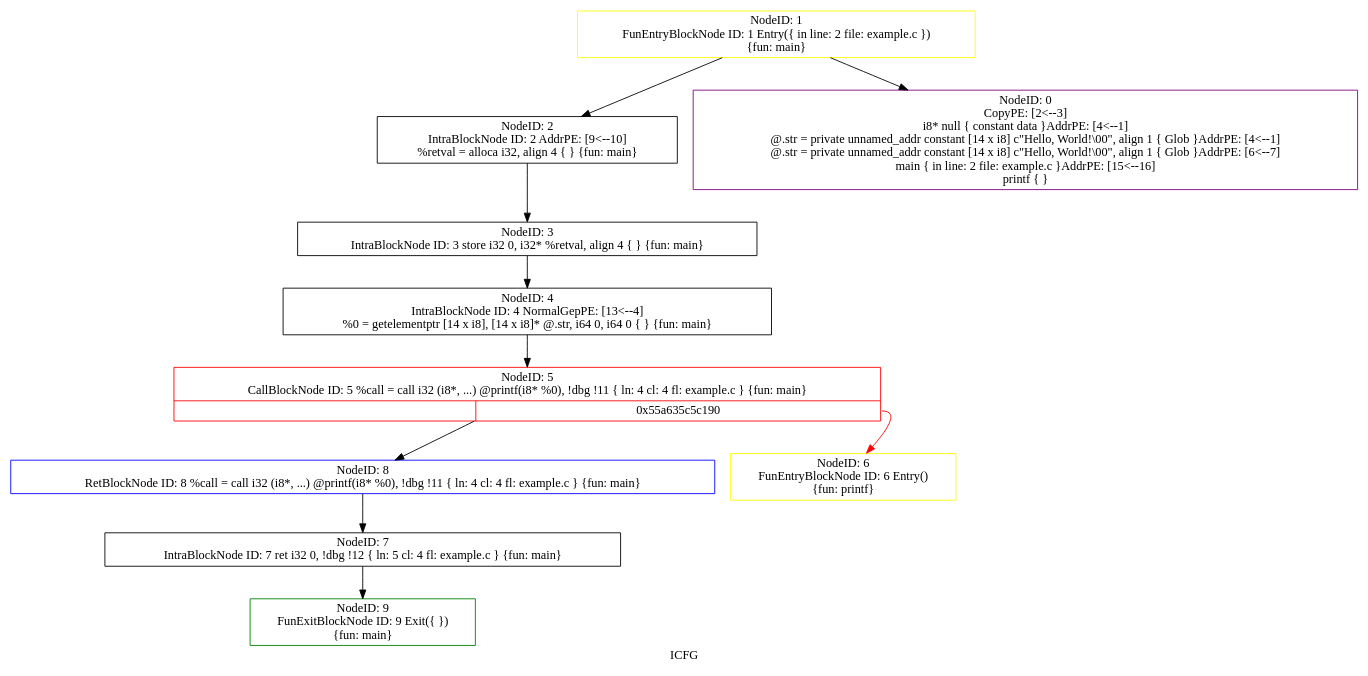
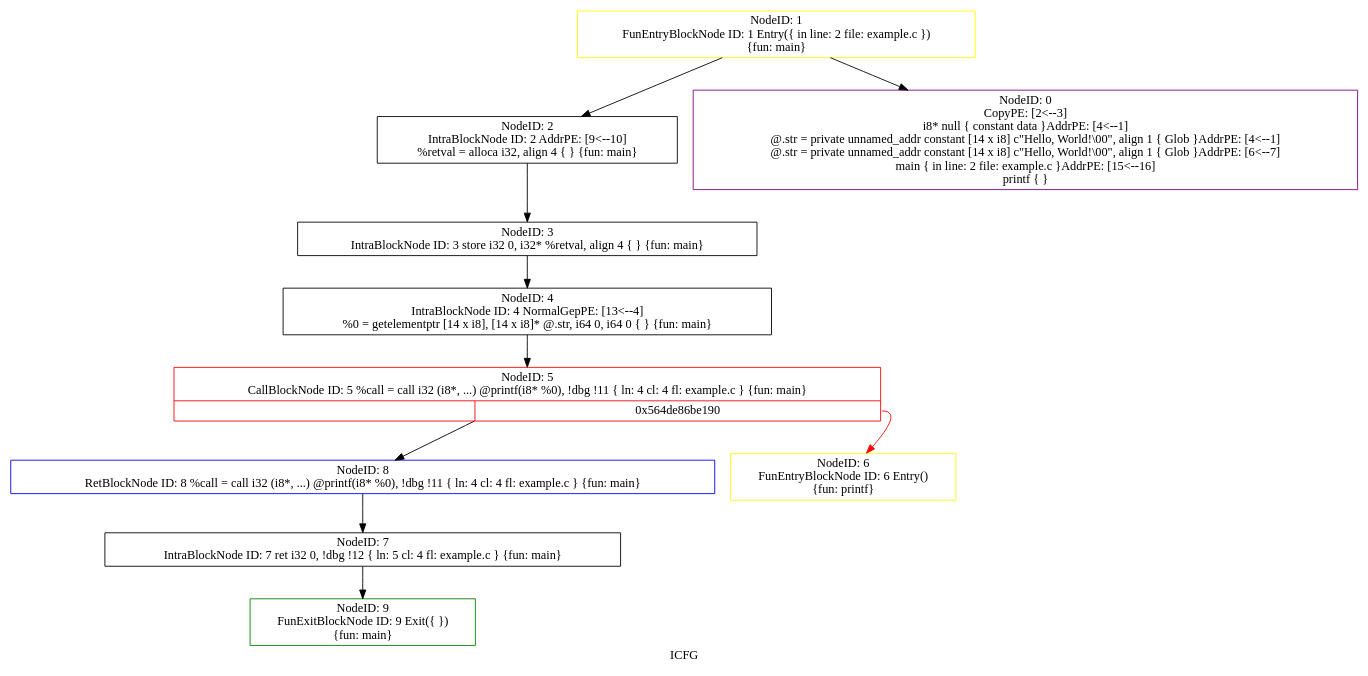
Before and after one commit to Ian36/Web-SVF: the diagram in icfg.dot, drawn with Graphviz. The commit also changed 37 other files, not shown here.

```diff
--- a/icfg.dot
+++ b/icfg.dot
@@ -1,23 +1,23 @@
 digraph "ICFG" {
 	label="ICFG";
 
-	Node0x55a635c6dfc0 [shape=record,color=green,label="{NodeID: 9\nFunExitBlockNode ID: 9 Exit(\{  \})\n \{fun: main\}}"];
-	Node0x55a635c6dd50 [shape=record,color=blue,label="{NodeID: 8\nRetBlockNode ID: 8   %call = call i32 (i8*, ...) @printf(i8* %0), !dbg !11 \{ ln: 4  cl: 4  fl: example.c \} \{fun: main\}}"];
-	Node0x55a635c6dd50 -> Node0x55a635c6dc90[style=solid];
-	Node0x55a635c6dc90 [shape=record,color=black,label="{NodeID: 7\nIntraBlockNode ID: 7      ret i32 0, !dbg !12 \{ ln: 5  cl: 4  fl: example.c \}    \{fun: main\}}"];
-	Node0x55a635c6dc90 -> Node0x55a635c6dfc0[style=solid];
-	Node0x55a635c6db60 [shape=record,color=yellow,label="{NodeID: 6\nFunEntryBlockNode ID: 6 Entry()\n \{fun: printf\}}"];
-	Node0x55a635c5cc10 [shape=record,color=red,label="{NodeID: 5\nCallBlockNode ID: 5   %call = call i32 (i8*, ...) @printf(i8* %0), !dbg !11 \{ ln: 4  cl: 4  fl: example.c \} \{fun: main\}|{|<s1>0x55a635c5c190}}"];
-	Node0x55a635c5cc10 -> Node0x55a635c6dd50[style=solid];
-	Node0x55a635c5cc10:s1 -> Node0x55a635c6db60[style=solid,color=red];
-	Node0x55a635c6d9d0 [shape=record,color=black,label="{NodeID: 4\nIntraBlockNode ID: 4   NormalGepPE: [13\<--4]  \n   %0 = getelementptr [14 x i8], [14 x i8]* @.str, i64 0, i64 0 \{  \} \{fun: main\}}"];
-	Node0x55a635c6d9d0 -> Node0x55a635c5cc10[style=solid];
-	Node0x55a635c6d8b0 [shape=record,color=black,label="{NodeID: 3\nIntraBlockNode ID: 3      store i32 0, i32* %retval, align 4 \{  \}    \{fun: main\}}"];
-	Node0x55a635c6d8b0 -> Node0x55a635c6d9d0[style=solid];
-	Node0x55a635c6d640 [shape=record,color=black,label="{NodeID: 2\nIntraBlockNode ID: 2   AddrPE: [9\<--10]  \n   %retval = alloca i32, align 4 \{  \} \{fun: main\}}"];
-	Node0x55a635c6d640 -> Node0x55a635c6d8b0[style=solid];
-	Node0x55a635c6d4e0 [shape=record,color=yellow,label="{NodeID: 1\nFunEntryBlockNode ID: 1 Entry(\{ in line: 2 file: example.c \})\n \{fun: main\}}"];
-	Node0x55a635c6d4e0 -> Node0x55a635c5d0d0[style=solid];
-	Node0x55a635c6d4e0 -> Node0x55a635c6d640[style=solid];
-	Node0x55a635c5d0d0 [shape=record,color=purple,label="{NodeID: 0\nCopyPE: [2\<--3]  \n i8* null \{ constant data \}AddrPE: [4\<--1]  \n @.str = private unnamed_addr constant [14 x i8] c\"Hello, World!\\00\", align 1 \{ Glob  \}AddrPE: [4\<--1]  \n @.str = private unnamed_addr constant [14 x i8] c\"Hello, World!\\00\", align 1 \{ Glob  \}AddrPE: [6\<--7]  \n main \{ in line: 2 file: example.c \}AddrPE: [15\<--16]  \n printf \{  \}}"];
+	Node0x564de86cffc0 [shape=record,color=green,label="{NodeID: 9\nFunExitBlockNode ID: 9 Exit(\{  \})\n \{fun: main\}}"];
+	Node0x564de86cfd50 [shape=record,color=blue,label="{NodeID: 8\nRetBlockNode ID: 8   %call = call i32 (i8*, ...) @printf(i8* %0), !dbg !11 \{ ln: 4  cl: 4  fl: example.c \} \{fun: main\}}"];
+	Node0x564de86cfd50 -> Node0x564de86cfc90[style=solid];
+	Node0x564de86cfc90 [shape=record,color=black,label="{NodeID: 7\nIntraBlockNode ID: 7      ret i32 0, !dbg !12 \{ ln: 5  cl: 4  fl: example.c \}    \{fun: main\}}"];
+	Node0x564de86cfc90 -> Node0x564de86cffc0[style=solid];
+	Node0x564de86cfb60 [shape=record,color=yellow,label="{NodeID: 6\nFunEntryBlockNode ID: 6 Entry()\n \{fun: printf\}}"];
+	Node0x564de86bec10 [shape=record,color=red,label="{NodeID: 5\nCallBlockNode ID: 5   %call = call i32 (i8*, ...) @printf(i8* %0), !dbg !11 \{ ln: 4  cl: 4  fl: example.c \} \{fun: main\}|{|<s1>0x564de86be190}}"];
+	Node0x564de86bec10 -> Node0x564de86cfd50[style=solid];
+	Node0x564de86bec10:s1 -> Node0x564de86cfb60[style=solid,color=red];
+	Node0x564de86cf9d0 [shape=record,color=black,label="{NodeID: 4\nIntraBlockNode ID: 4   NormalGepPE: [13\<--4]  \n   %0 = getelementptr [14 x i8], [14 x i8]* @.str, i64 0, i64 0 \{  \} \{fun: main\}}"];
+	Node0x564de86cf9d0 -> Node0x564de86bec10[style=solid];
+	Node0x564de86cf8b0 [shape=record,color=black,label="{NodeID: 3\nIntraBlockNode ID: 3      store i32 0, i32* %retval, align 4 \{  \}    \{fun: main\}}"];
+	Node0x564de86cf8b0 -> Node0x564de86cf9d0[style=solid];
+	Node0x564de86cf640 [shape=record,color=black,label="{NodeID: 2\nIntraBlockNode ID: 2   AddrPE: [9\<--10]  \n   %retval = alloca i32, align 4 \{  \} \{fun: main\}}"];
+	Node0x564de86cf640 -> Node0x564de86cf8b0[style=solid];
+	Node0x564de86cf4e0 [shape=record,color=yellow,label="{NodeID: 1\nFunEntryBlockNode ID: 1 Entry(\{ in line: 2 file: example.c \})\n \{fun: main\}}"];
+	Node0x564de86cf4e0 -> Node0x564de86bf0d0[style=solid];
+	Node0x564de86cf4e0 -> Node0x564de86cf640[style=solid];
+	Node0x564de86bf0d0 [shape=record,color=purple,label="{NodeID: 0\nCopyPE: [2\<--3]  \n i8* null \{ constant data \}AddrPE: [4\<--1]  \n @.str = private unnamed_addr constant [14 x i8] c\"Hello, World!\\00\", align 1 \{ Glob  \}AddrPE: [4\<--1]  \n @.str = private unnamed_addr constant [14 x i8] c\"Hello, World!\\00\", align 1 \{ Glob  \}AddrPE: [6\<--7]  \n main \{ in line: 2 file: example.c \}AddrPE: [15\<--16]  \n printf \{  \}}"];
 }
```
